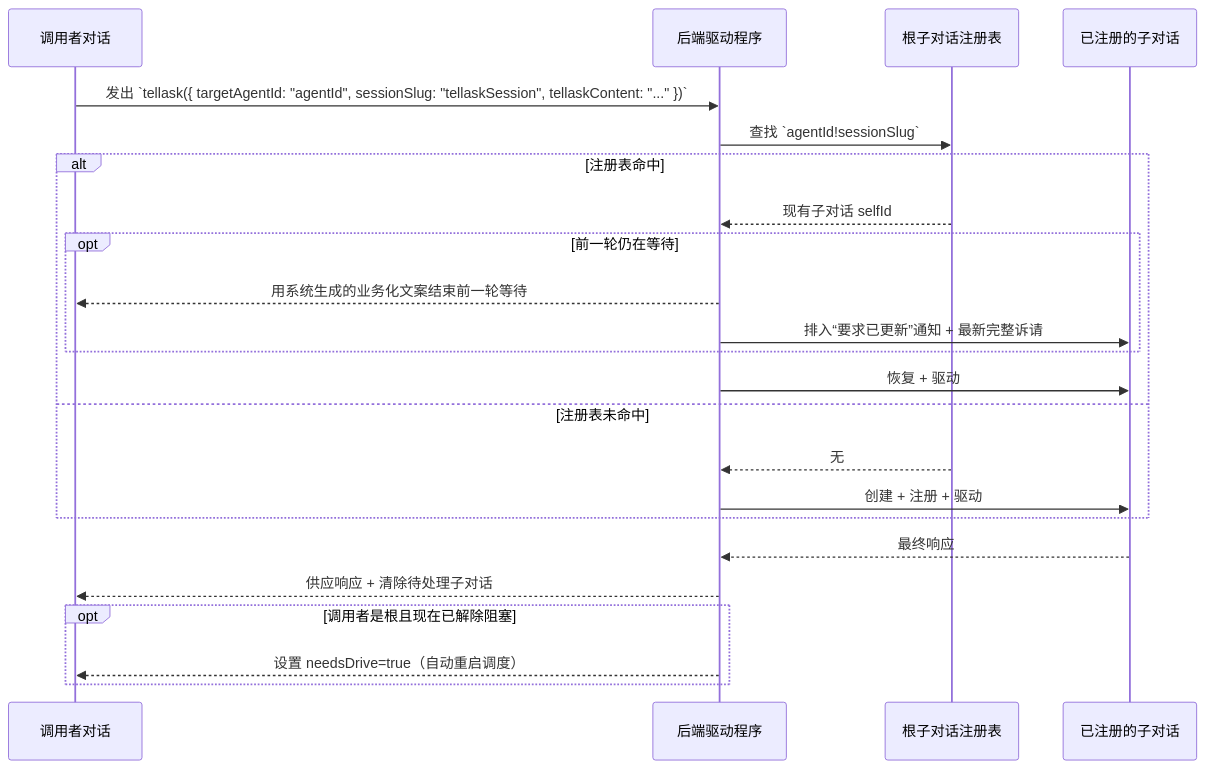
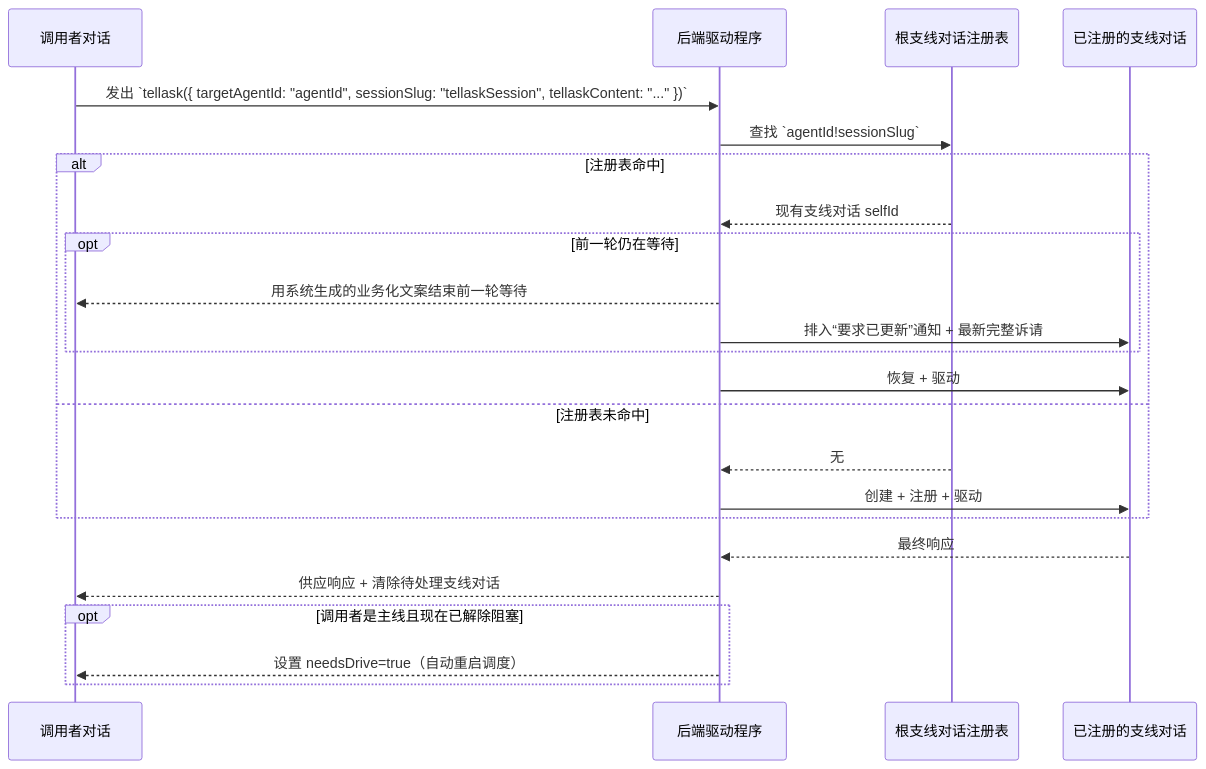
One commit to longrun-ai/dominds changed diagram 12 of 19 in docs/dialog-system.zh.md. Above: the diagram before and after it, drawn with Mermaid. The commit also changed other lines of this file and 195 other files, not shown here.

````diff
--- a/docs/dialog-system.zh.md
+++ b/docs/dialog-system.zh.md
@@ -1257,26 +1257,26 @@
 ```mermaid
 sequenceDiagram
   participant Caller as 调用者对话
   participant Driver as 后端驱动程序
-  participant Reg as 根子对话注册表
-  participant Sub as 已注册的子对话
+  participant Reg as 根支线对话注册表
+  participant Side as 已注册的支线对话
 
   Caller->>Driver: 发出 `tellask({ targetAgentId: "agentId", sessionSlug: "tellaskSession", tellaskContent: "..." })`
   Driver->>Reg: 查找 `agentId!sessionSlug`
   alt 注册表命中
-    Reg-->>Driver: 现有子对话 selfId
+    Reg-->>Driver: 现有支线对话 selfId
     opt 前一轮仍在等待
       Driver-->>Caller: 用系统生成的业务化文案结束前一轮等待
-      Driver->>Sub: 排入“要求已更新”通知 + 最新完整诉请
+      Driver->>Side: 排入“要求已更新”通知 + 最新完整诉请
     end
-    Driver->>Sub: 恢复 + 驱动
+    Driver->>Side: 恢复 + 驱动
   else 注册表未命中
     Reg-->>Driver: 无
-    Driver->>Sub: 创建 + 注册 + 驱动
+    Driver->>Side: 创建 + 注册 + 驱动
   end
-  Sub-->>Driver: 最终响应
-  Driver-->>Caller: 供应响应 + 清除待处理子对话
-  opt 调用者是根且现在已解除阻塞
+  Side-->>Driver: 最终响应
+  Driver-->>Caller: 供应响应 + 清除待处理支线对话
+  opt 调用者是主线且现在已解除阻塞
     Driver-->>Caller: 设置 needsDrive=true（自动重启调度）
   end
 ```
````
